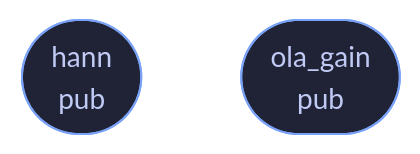
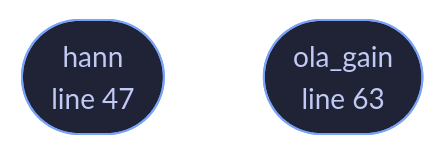
One commit to tilas01/veilvoice changed the diagram in docs/files/veilvoice-core/window.md. Above: the diagram before and after it, drawn with Mermaid. The commit also changed other lines of this file and 182 other files, not shown here.

````diff
--- a/docs/files/veilvoice-core/window.md
+++ b/docs/files/veilvoice-core/window.md
@@ -70,6 +82,8 @@
 ```mermaid
 %%{init: {"theme":"base","themeVariables":{"background":"#1a1b26","primaryColor":"#1f2335","primaryTextColor":"#c0caf5","primaryBorderColor":"#7aa2f7","secondaryColor":"#16161e","tertiaryColor":"#16161e","lineColor":"#737aa2","textColor":"#c0caf5","mainBkg":"#1f2335","nodeBorder":"#7aa2f7","clusterBkg":"#16161e","clusterBorder":"#2f3549","fontFamily":"ui-monospace, SFMono-Regular, Consolas, monospace","fontSize":"14px"}}}%%
 flowchart TD
-    n_hann(["hann<br/>pub"])
-    n_ola_gain(["ola_gain<br/>pub"])
+    n_hann(["hann<br/>line 47"])
+    n_ola_gain(["ola_gain<br/>line 63"])
+    classDef entry fill:#1f2335,stroke:#7aa2f7,color:#c0caf5
+    class n_hann,n_ola_gain entry
 ```
````
